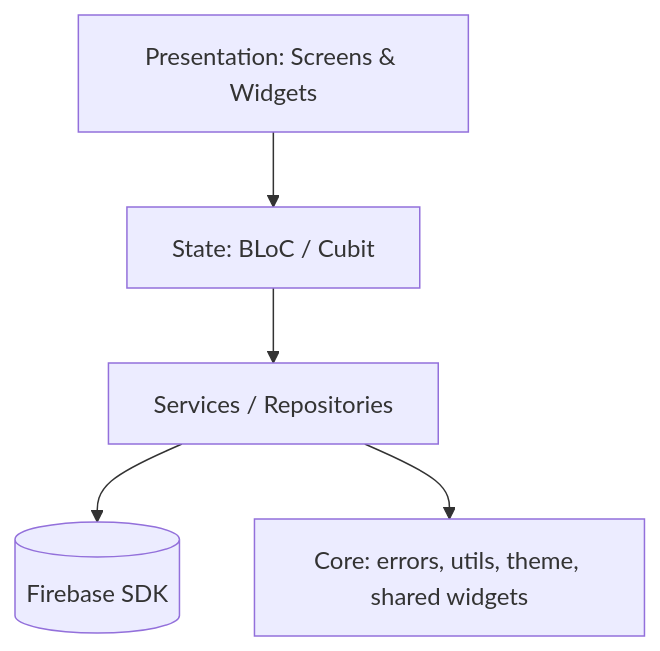
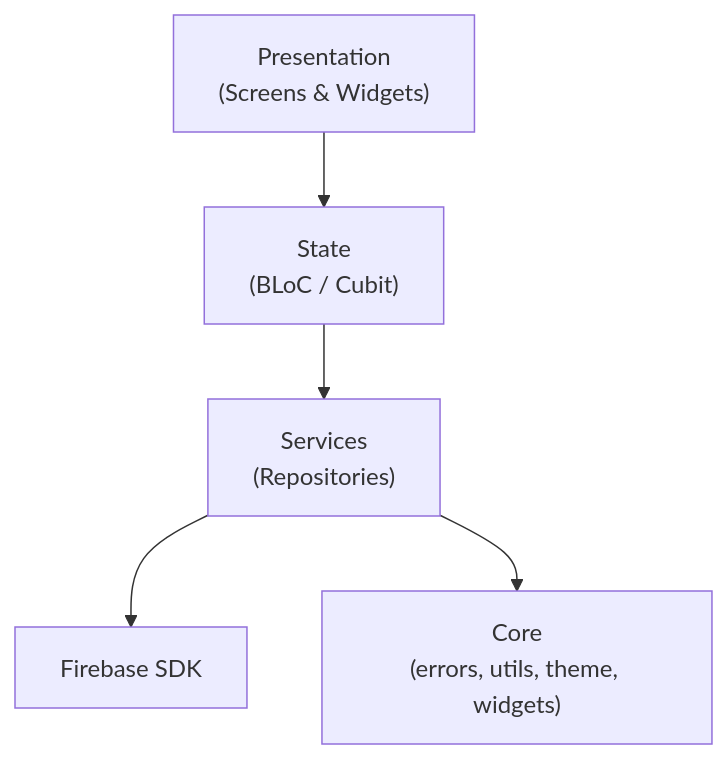
One commit to Almichot-1/p2p-delivery-platform changed the third of 5 diagrams in README.md. Above: the diagram before and after it, drawn with Mermaid. The commit also changed other lines of this file, not shown here.

````diff
--- a/README.md
+++ b/README.md
@@ -107,7 +145,7 @@
 ```mermaid
 flowchart TB
-  UI["Presentation: Screens & Widgets"] --> SM["State: BLoC / Cubit"]
-  SM --> S["Services / Repositories"]
-  S --> SDK[("Firebase SDK")]
-  S --> CORE["Core: errors, utils, theme, shared widgets"]
+  UI["Presentation\n(Screens & Widgets)"] --> SM["State\n(BLoC / Cubit)"]
+  SM --> S["Services\n(Repositories)"]
+  S --> SDK["Firebase SDK"]
+  S --> CORE["Core\n(errors, utils, theme, widgets)"]
 ```
````
